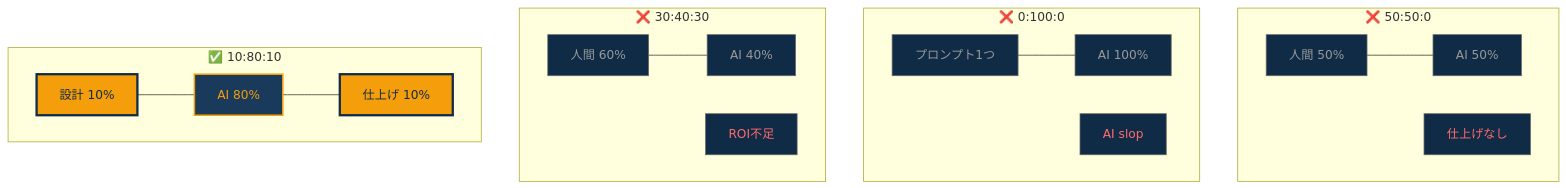
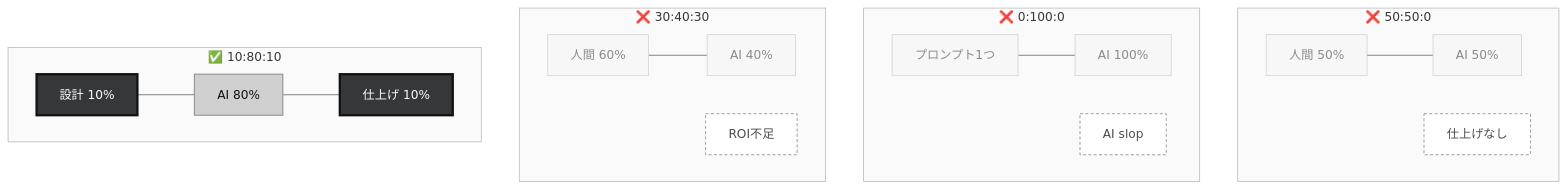
One commit to Leading-AI-IO/the-10-80-10-principle changed the fourth of 11 diagrams in docs/jp/the_10_80_10_principle_JP.md. Above: the diagram before and after it, drawn with Mermaid. The commit also changed other lines of this file, not shown here.

````diff
--- a/docs/jp/the_10_80_10_principle_JP.md
+++ b/docs/jp/the_10_80_10_principle_JP.md
@@ -373,32 +381,34 @@
 ```mermaid
+%%{init: {'theme':'base','themeVariables':{'fontFamily':'Helvetica, Arial, sans-serif','lineColor':'#7f8082','primaryTextColor':'#111213','clusterBkg':'#fafafa','clusterBorder':'#b6b7b8','titleColor':'#363738','edgeLabelBackground':'#ffffff'}}}%%
 graph TB
     subgraph "❌ 50:50:0"
         A1["人間 50%"] --- A2["AI 50%"]
         A3["仕上げなし"]
     end
     subgraph "❌ 0:100:0"
         B1["プロンプト1つ"] --- B2["AI 100%"]
         B3["AI slop"]
     end
     subgraph "❌ 30:40:30"
         C1["人間 60%"] --- C2["AI 40%"]
         C3["ROI不足"]
     end
     subgraph "✅ 10:80:10"
         D1["設計 10%"] --- D2["AI 80%"]
         D2 --- D3["仕上げ 10%"]
     end
 
-    style A1 fill:#0f2b46,stroke:#666,color:#999,stroke-width:1px
-    style A2 fill:#0f2b46,stroke:#666,color:#999,stroke-width:1px
-    style A3 fill:#0f2b46,stroke:#666,color:#ff6b6b,stroke-width:1px
-    style B1 fill:#0f2b46,stroke:#666,color:#999,stroke-width:1px
-    style B2 fill:#0f2b46,stroke:#666,color:#999,stroke-width:1px
-    style B3 fill:#0f2b46,stroke:#666,color:#ff6b6b,stroke-width:1px
-    style C1 fill:#0f2b46,stroke:#666,color:#999,stroke-width:1px
-    style C2 fill:#0f2b46,stroke:#666,color:#999,stroke-width:1px
-    style C3 fill:#0f2b46,stroke:#666,color:#ff6b6b,stroke-width:1px
-    style D1 fill:#f59e0b,stroke:#0f2b46,color:#0f2b46,stroke-width:3px
-    style D2 fill:#1a3a5c,stroke:#f59e0b,color:#f59e0b,stroke-width:2px
-    style D3 fill:#f59e0b,stroke:#0f2b46,color:#0f2b46,stroke-width:3px
+    style A1 fill:#f7f7f7,stroke:#d0d0d1,color:#8a8b8d,stroke-width:1px
+    style A2 fill:#f7f7f7,stroke:#d0d0d1,color:#8a8b8d,stroke-width:1px
+    style B1 fill:#f7f7f7,stroke:#d0d0d1,color:#8a8b8d,stroke-width:1px
+    style B2 fill:#f7f7f7,stroke:#d0d0d1,color:#8a8b8d,stroke-width:1px
+    style C1 fill:#f7f7f7,stroke:#d0d0d1,color:#8a8b8d,stroke-width:1px
+    style C2 fill:#f7f7f7,stroke:#d0d0d1,color:#8a8b8d,stroke-width:1px
+    style A3 fill:#ffffff,stroke:#7f8082,color:#4b4c4e,stroke-width:1px,stroke-dasharray:4 3
+    style B3 fill:#ffffff,stroke:#7f8082,color:#4b4c4e,stroke-width:1px,stroke-dasharray:4 3
+    style C3 fill:#ffffff,stroke:#7f8082,color:#4b4c4e,stroke-width:1px,stroke-dasharray:4 3
+    style D1 fill:#363738,stroke:#111213,color:#ffffff,stroke-width:3px
+    style D2 fill:#d0d0d1,stroke:#959596,color:#111213,stroke-width:1.5px
+    style D3 fill:#363738,stroke:#111213,color:#ffffff,stroke-width:3px
+    linkStyle default stroke:#7f8082,stroke-width:1.5px
 ```
````
